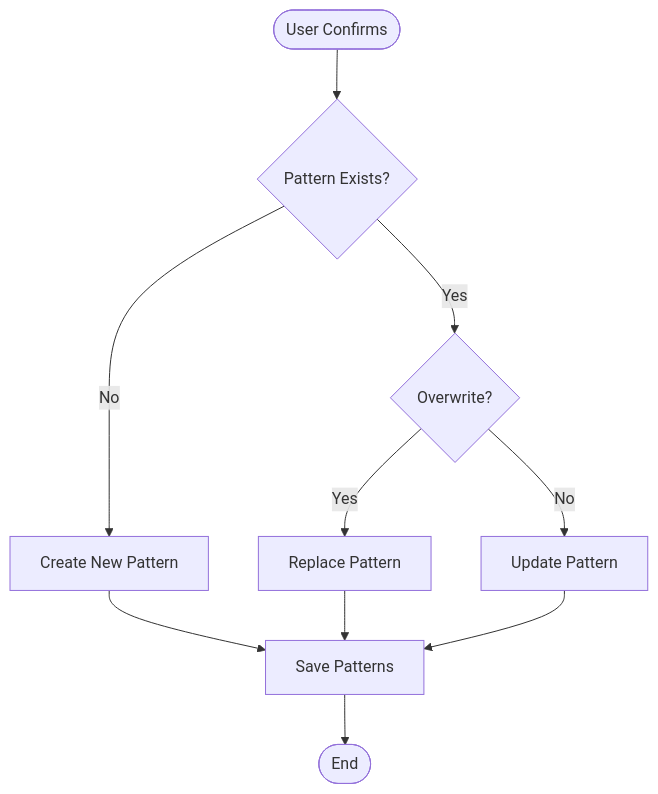
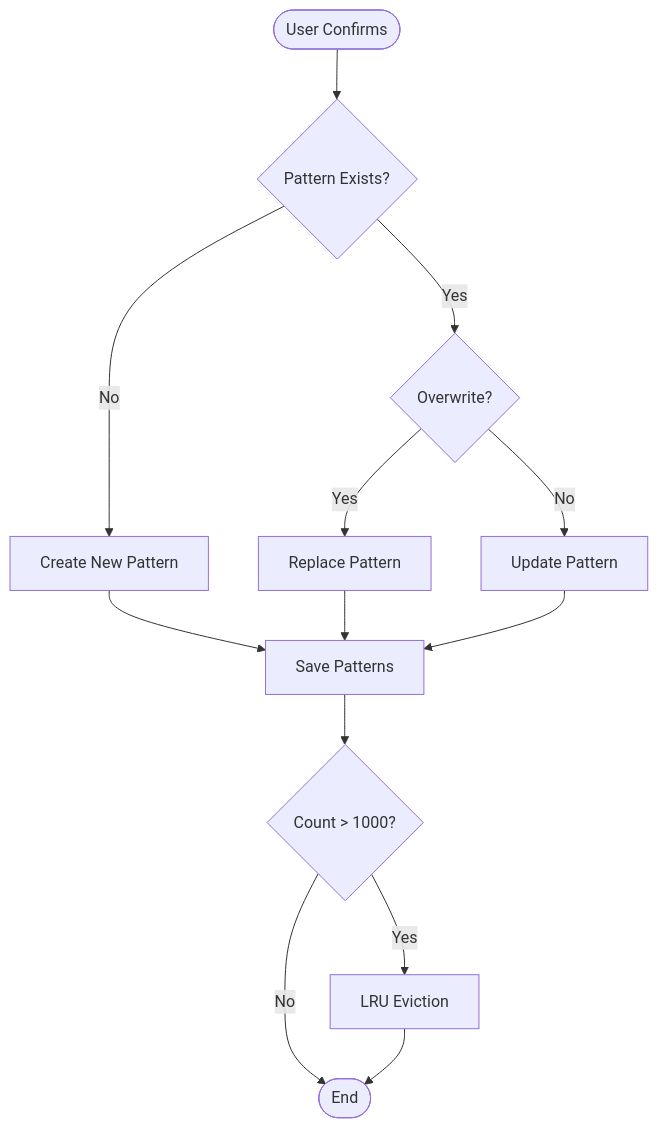
Before and after one commit to sudokoi/expense-buddy: the seventh of 10 diagrams in ARCHITECTURE.md, drawn with Mermaid. The commit also changed other lines of this file and 2 other files, not shown here.

First line of the commit message:
docs: update changeset, README, and ARCHITECTURE for completed SMS import gaps

````diff
--- a/ARCHITECTURE.md
+++ b/ARCHITECTURE.md
@@ -350,12 +350,15 @@
 ```mermaid
 flowchart TD
     Start([User Confirms]) --> CheckPattern{Pattern Exists?}
     CheckPattern -->|No| Create[Create New Pattern]
     CheckPattern -->|Yes| CheckOverwrite{Overwrite?}
     CheckOverwrite -->|Yes| Replace[Replace Pattern]
     CheckOverwrite -->|No| Update[Update Pattern]
     Create --> Save[Save Patterns]
     Replace --> Save
     Update --> Save
-    Save --> End([End])
+    Save --> CheckLimit{Count > 1000?}
+    CheckLimit -->|Yes| Evict[LRU Eviction]
+    CheckLimit -->|No| End([End])
+    Evict --> End
 ```
````
